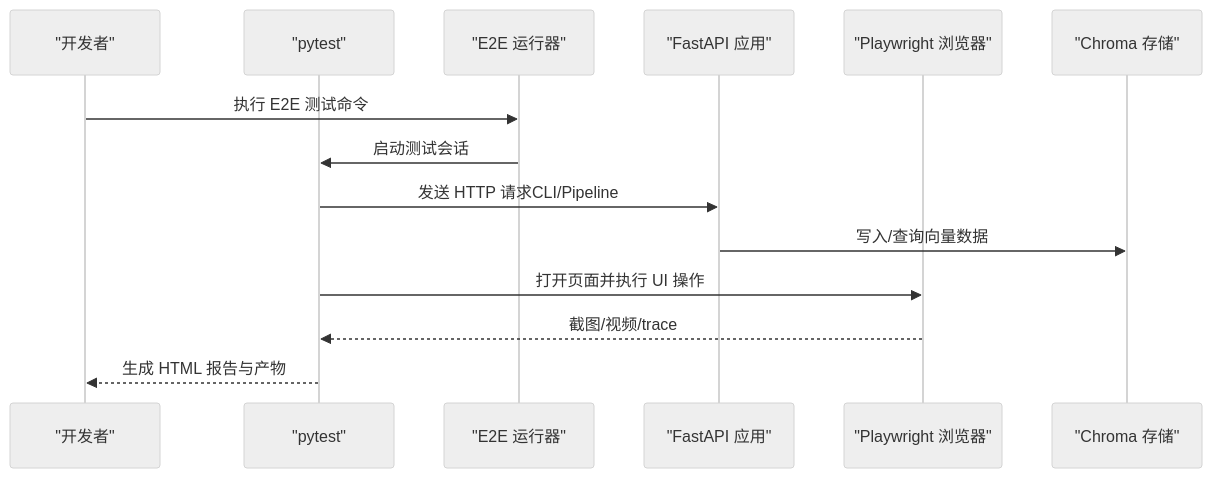
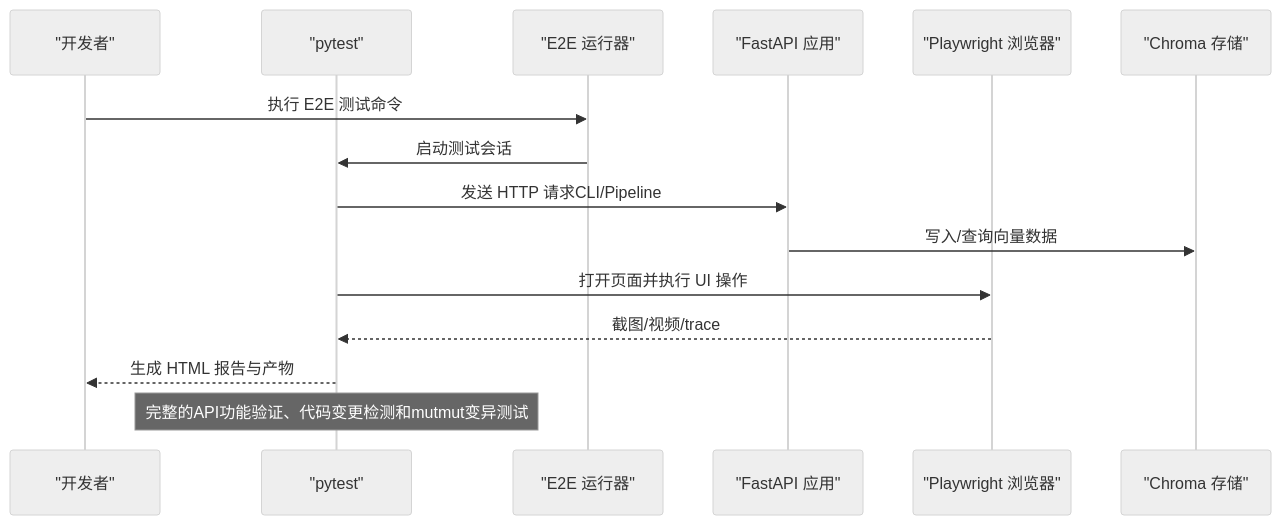
The fourth of 5 diagrams in .qoder/repowiki/zh/content/测试策略/测试策略.md (boyingliu01/fault-review-analyzer), drawn with Mermaid (neutral theme) before and after one commit. The commit also changed other lines of this file and 125 other files, not shown here.

````diff
--- a/.qoder/repowiki/zh/content/测试策略/测试策略.md
+++ b/.qoder/repowiki/zh/content/测试策略/测试策略.md
@@ -330,16 +502,17 @@
 ```mermaid
 sequenceDiagram
 participant Dev as "开发者"
 participant Pytest as "pytest"
 participant Runner as "E2E 运行器"
 participant App as "FastAPI 应用"
 participant Browser as "Playwright 浏览器"
 participant Store as "Chroma 存储"
 Dev->>Runner : 执行 E2E 测试命令
 Runner->>Pytest : 启动测试会话
 Pytest->>App : 发送 HTTP 请求CLI/Pipeline
 App->>Store : 写入/查询向量数据
 Pytest->>Browser : 打开页面并执行 UI 操作
 Browser-->>Pytest : 截图/视频/trace
 Pytest-->>Dev : 生成 HTML 报告与产物
+Note over Pytest : 完整的API功能验证、代码变更检测和mutmut变异测试
 ```
````
